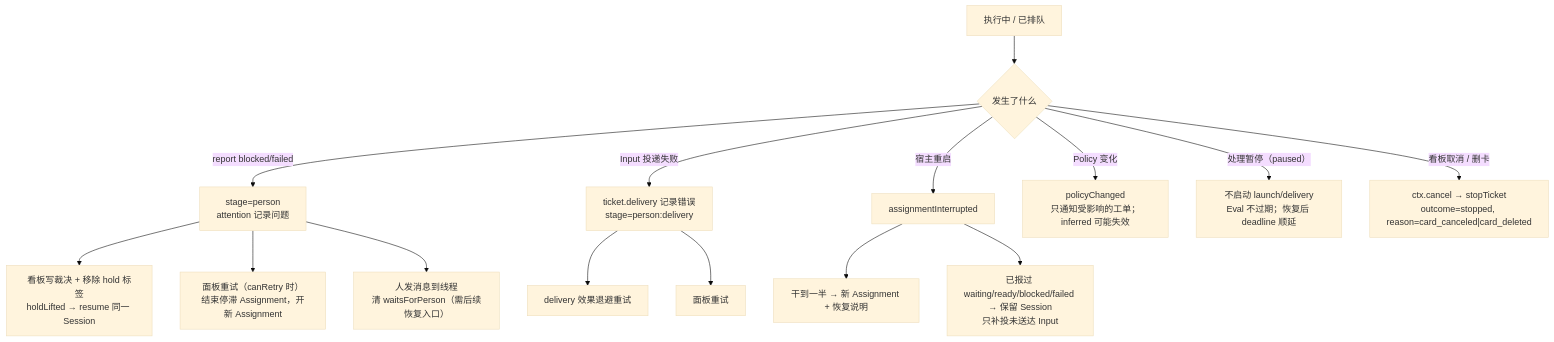
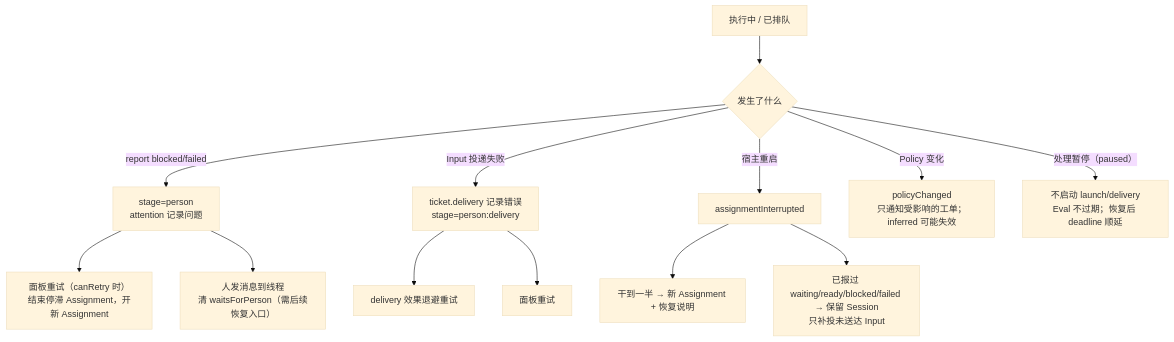
One commit to wuzhiping/superagent changed diagram 11 of 15 in FLOW.md. Above: the diagram before and after it, drawn with Mermaid (base theme). The commit also changed other lines of this file and 38 other files, not shown here.

````diff
--- a/FLOW.md
+++ b/FLOW.md
@@ -372,17 +368,15 @@
 ```mermaid
 flowchart TD
   Start["执行中 / 已排队"] --> R{"发生了什么"}
   R -- "report blocked/failed" --> P["stage=person<br/>attention 记录问题"]
-  P --> P1["看板写裁决 + 移除 hold 标签<br/>holdLifted → resume 同一 Session"]
   P --> P2["面板重试（canRetry 时）<br/>结束停滞 Assignment，开新 Assignment"]
   P --> P3["人发消息到线程<br/>清 waitsForPerson（需后续恢复入口）"]
   R -- "Input 投递失败" --> D["ticket.delivery 记录错误<br/>stage=person:delivery"]
   D --> D1["delivery 效果退避重试"]
   D --> D2["面板重试"]
   R -- "宿主重启" --> H["assignmentInterrupted"]
   H --> H1["干到一半 → 新 Assignment + 恢复说明"]
   H --> H2["已报过 waiting/ready/blocked/failed → 保留 Session<br/>只补投未送达 Input"]
   R -- "Policy 变化" --> PC["policyChanged<br/>只通知受影响的工单；inferred 可能失效"]
   R -- "处理暂停（paused）" --> PA["不启动 launch/delivery<br/>Eval 不过期；恢复后 deadline 顺延"]
-  R -- "看板取消 / 删卡" --> CN["ctx.cancel → stopTicket<br/>outcome=stopped, reason=card_canceled|card_deleted"]
 ```
````
